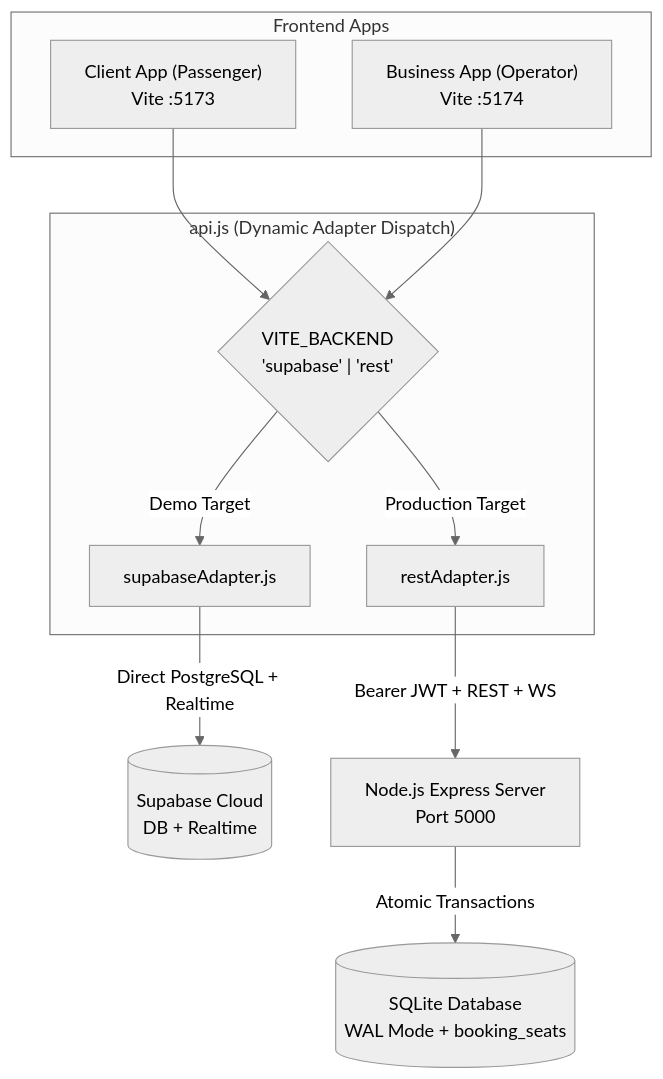
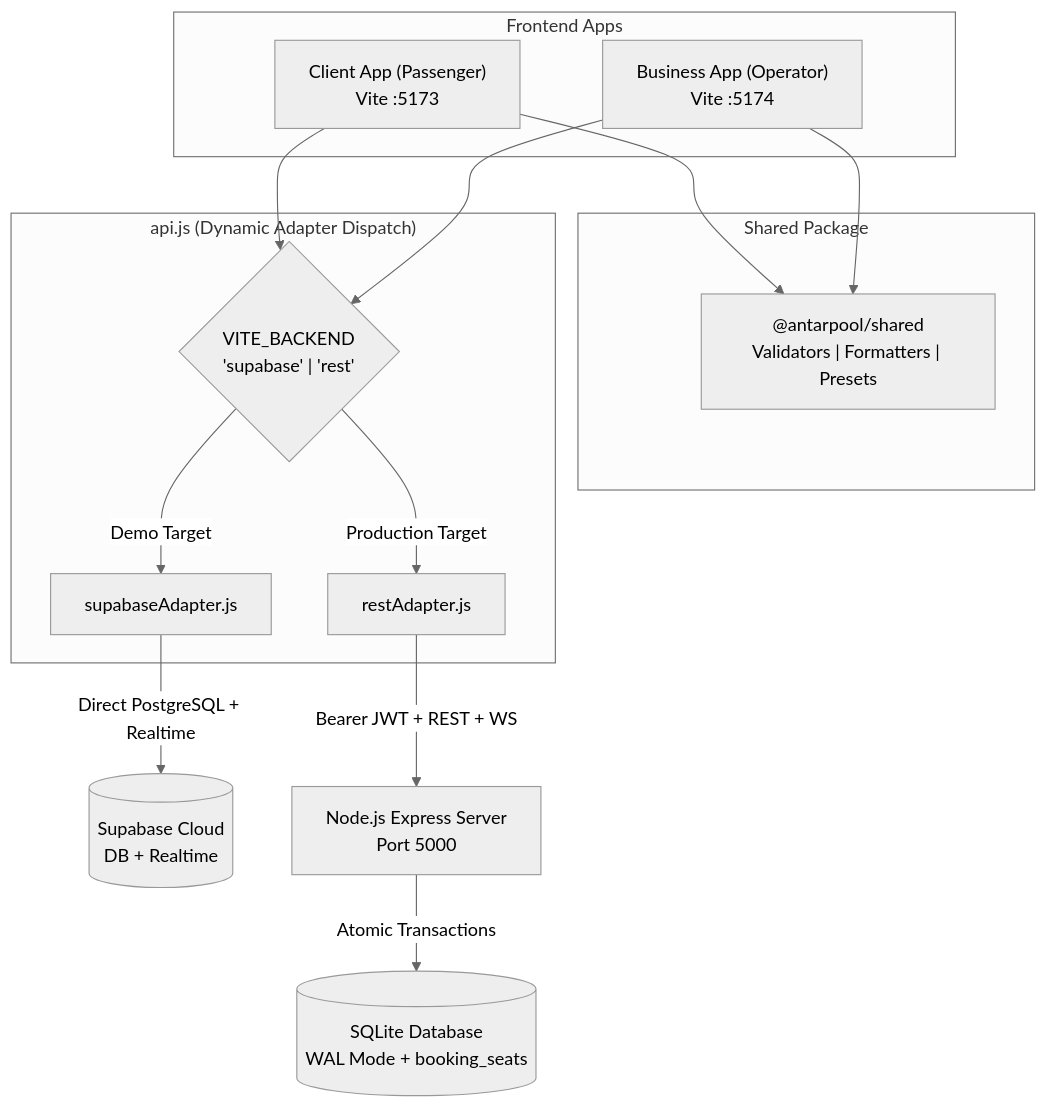
Before and after one commit to ivanadriman/antarpool-travel: the diagram in docs/ARCHITECTURE.md, drawn with Mermaid (neutral theme). The commit also changed other lines of this file and 5 other files, not shown here.

Commit message:
docs: update architecture, api reference, database schema, adrs, and user guide for modular refactoring

````diff
--- a/docs/ARCHITECTURE.md
+++ b/docs/ARCHITECTURE.md
@@ -10,22 +10,28 @@
 ```mermaid
 flowchart TD
   subgraph Frontend Apps
     Client["Client App (Passenger)<br/>Vite :5173"]
     Business["Business App (Operator)<br/>Vite :5174"]
+  end
+
+  subgraph Shared Package
+    Shared["@antarpool/shared<br/>Validators | Formatters | Presets"]
   end
 
   subgraph Data Layer ["api.js (Dynamic Adapter Dispatch)"]
     Switch{"VITE_BACKEND<br/>'supabase' | 'rest'"}
     SubA["supabaseAdapter.js"]
     RestA["restAdapter.js"]
   end
 
+  Client --> Shared
+  Business --> Shared
   Client --> Switch
   Business --> Switch
   Switch -->|Demo Target| SubA
   Switch -->|Production Target| RestA
 
   SubA -->|Direct PostgreSQL + Realtime| Supabase[("Supabase Cloud<br/>DB + Realtime")]
   RestA -->|Bearer JWT + REST + WS| Express["Node.js Express Server<br/>Port 5000"]
   Express -->|Atomic Transactions| SQLite[("SQLite Database<br/>WAL Mode + booking_seats")]
 ```
````
